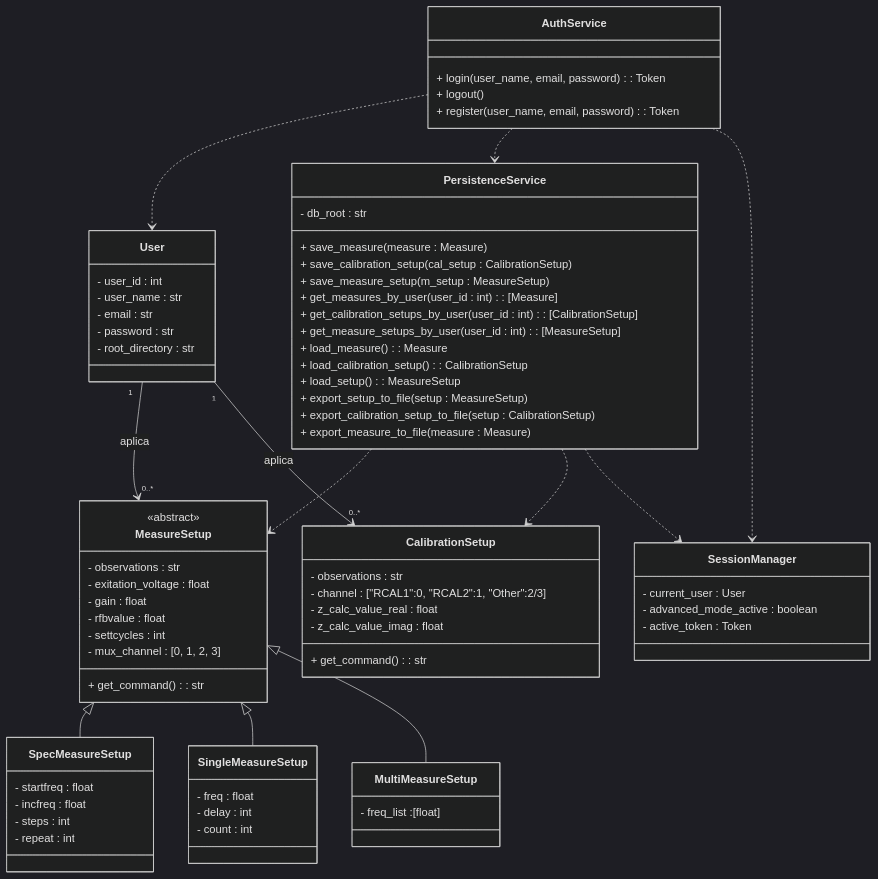
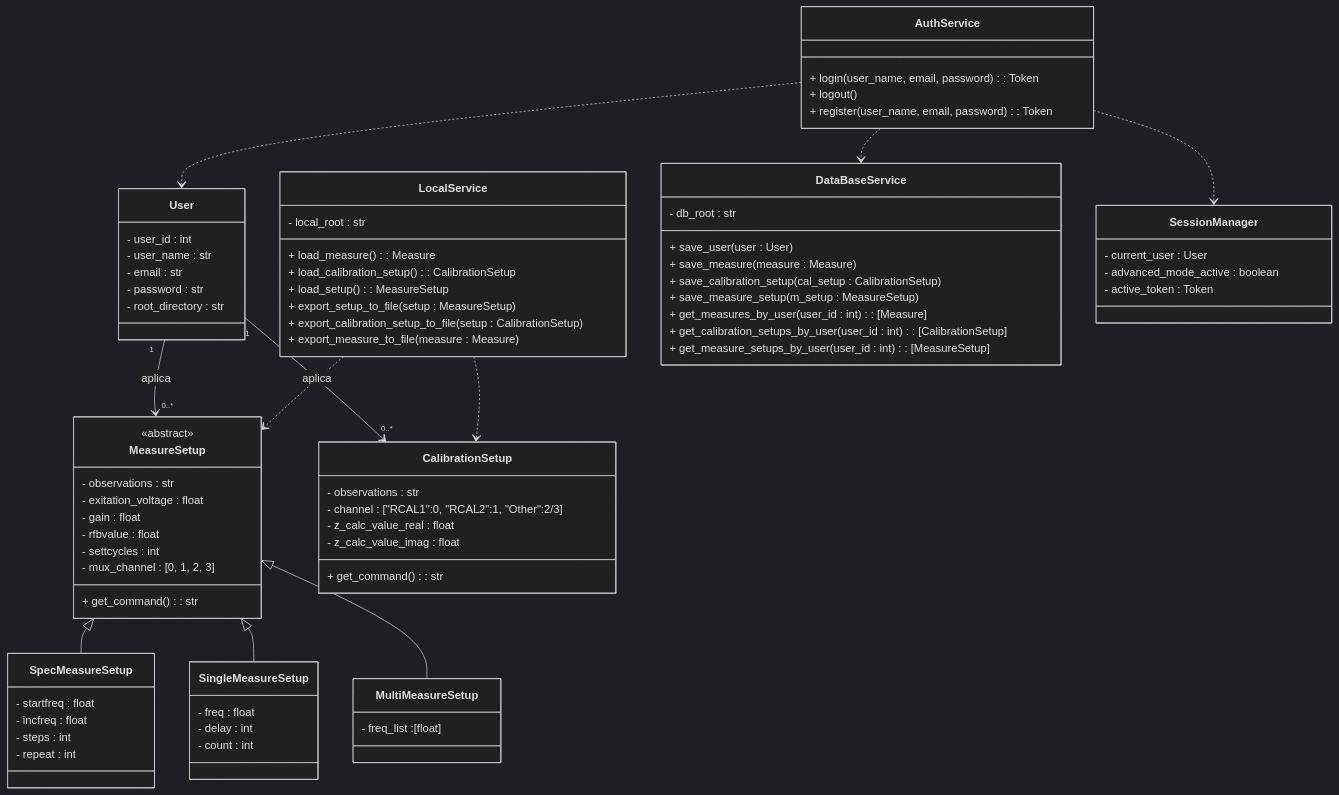
One commit to alegrelias/Repo-GMini changed the fifth of 6 diagrams in Gmini-MarkDown/Diagramas/Clases Conceptuales.md. Above: the diagram before and after it, drawn with Mermaid (dark theme). The commit also changed other lines of this file, not shown here.

Commit message:
Se modifica diagrama de clases

````diff
--- a/Gmini-MarkDown/Diagramas/Clases Conceptuales.md
+++ b/Gmini-MarkDown/Diagramas/Clases Conceptuales.md
@@ -560,17 +531,8 @@
 	+ register(user_name, email, password) : Token
 }
 
-class PersistenceService{
-	- db_root : str
-	  
-	%% operaciones en db
-	+ save_measure(measure : Measure)
-	+ save_calibration_setup(cal_setup : CalibrationSetup)
-	+ save_measure_setup(m_setup : MeasureSetup)
-	+ get_measures_by_user(user_id : int) : [Measure]
-	+ get_calibration_setups_by_user(user_id : int) : [CalibrationSetup]
-	+ get_measure_setups_by_user(user_id : int) : [MeasureSetup]
-	  
+class LocalService{
+	- local_root : str
 	%% operaciones en archivos
 	+ load_measure() : Measure
 	+ load_calibration_setup() : CalibrationSetup
@@ -578,6 +540,17 @@
 	+ export_setup_to_file(setup : MeasureSetup)
 	+ export_calibration_setup_to_file(setup : CalibrationSetup)
 	+ export_measure_to_file(measure : Measure)
+}
+class DataBaseService{
+	- db_root : str
+	%% operaciones en db
+	+ save_user(user : User)
+	+ save_measure(measure : Measure)
+	+ save_calibration_setup(cal_setup : CalibrationSetup)
+	+ save_measure_setup(m_setup : MeasureSetup)
+	+ get_measures_by_user(user_id : int) : [Measure]
+	+ get_calibration_setups_by_user(user_id : int) : [CalibrationSetup]
+	+ get_measure_setups_by_user(user_id : int) : [MeasureSetup]
 }
 
 class MeasureSetup {
@@ -624,10 +597,9 @@
 User "1"-->"0..*" CalibrationSetup : aplica
 
 AuthService ..> User
-AuthService ..> PersistenceService
+AuthService ..> DataBaseService
 AuthService ..> SessionManager
 
-PersistenceService ..> MeasureSetup
-PersistenceService ..> CalibrationSetup
-PersistenceService ..> SessionManager
+LocalService ..> CalibrationSetup
+LocalService ..> MeasureSetup
 ```
````
